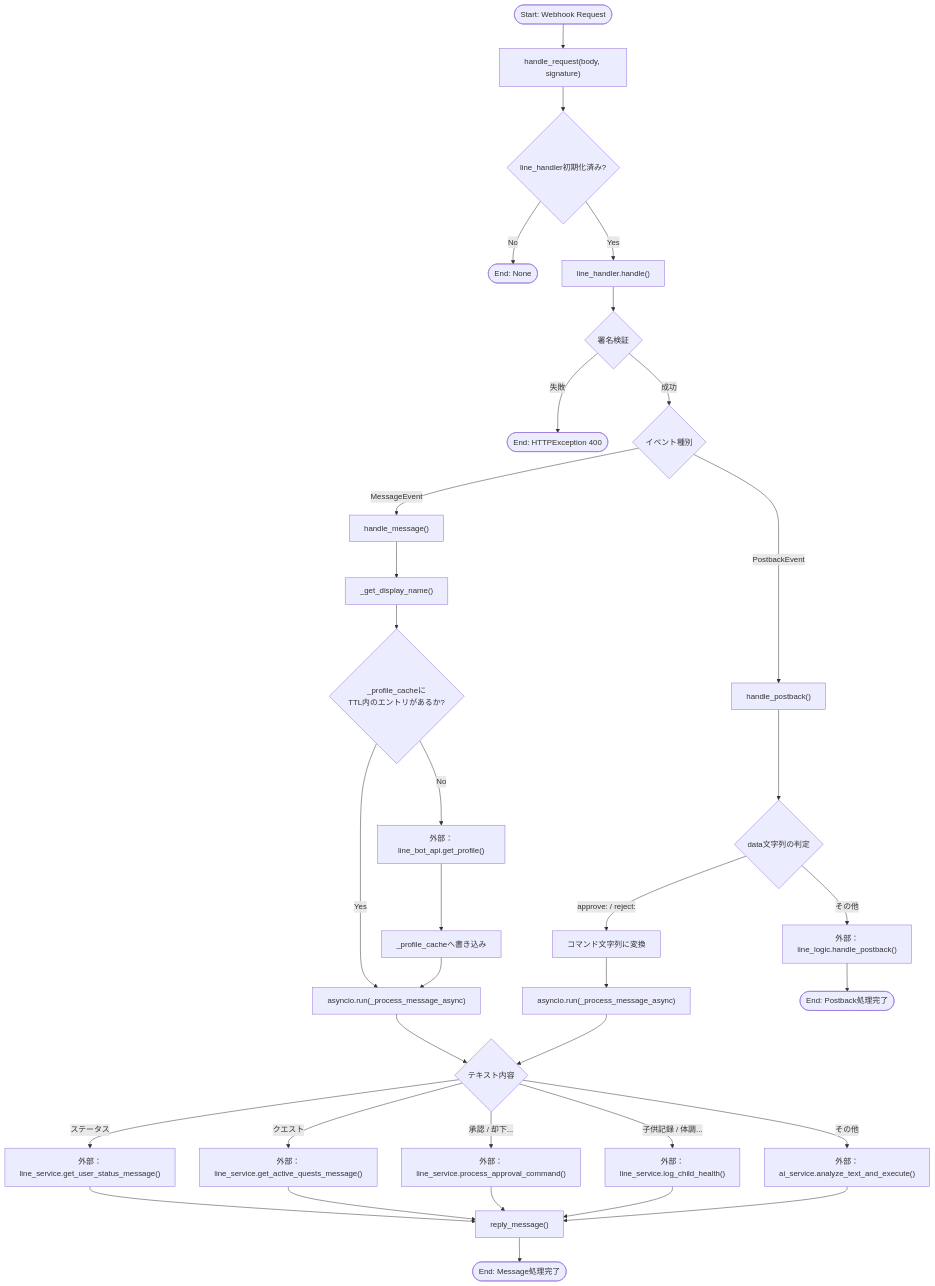
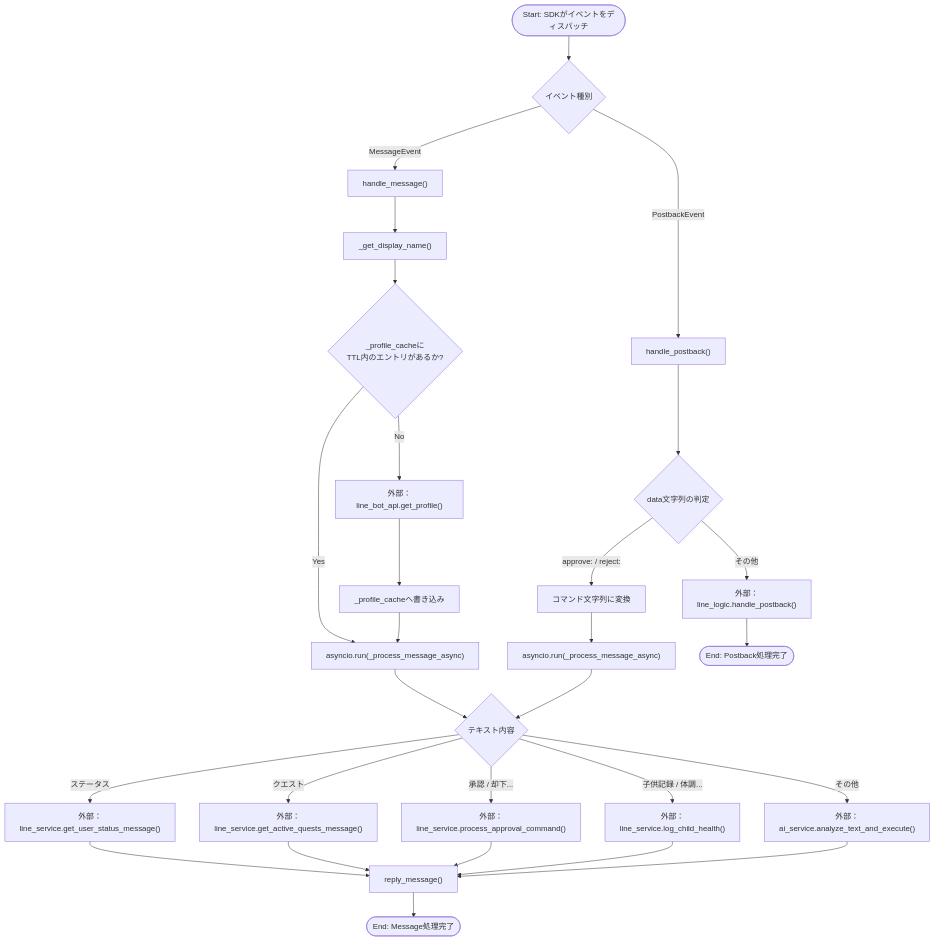
One commit to mmtigers/my_python_project changed the first of 2 diagrams in docs/specifications/MY_HOME_SYSTEM/line_handler.md. Above: the diagram before and after it, drawn with Mermaid. The commit also changed other lines of this file and 47 other files, not shown here.

````diff
--- a/docs/specifications/MY_HOME_SYSTEM/line_handler.md
+++ b/docs/specifications/MY_HOME_SYSTEM/line_handler.md
@@ -210,44 +178,37 @@
 ```mermaid
 flowchart TD
-    Start([Start: Webhook Request]) --> HandleRequest["handle_request(body, signature)"]
-    HandleRequest --> Verify{line_handler初期化済み?}
-    Verify -- No --> End([End: None])
-    Verify -- Yes --> HandleBody["line_handler.handle()"]
-    
-    HandleBody --> CheckSig{署名検証}
-    CheckSig -- 失敗 --> Throw400([End: HTTPException 400])
-    CheckSig -- 成功 --> RouteEvent{イベント種別}
+    Start([Start: SDKがイベントをディスパッチ]) --> RouteEvent{イベント種別}
     
     RouteEvent -- MessageEvent --> HandleMsg["handle_message()"]
     HandleMsg --> GetDisplayName["_get_display_name()"]
     GetDisplayName --> CacheHit{"_profile_cacheに<br>TTL内のエントリがあるか?"}
     CacheHit -- Yes --> RunAsyncMessage["asyncio.run(_process_message_async)"]
     CacheHit -- No --> GetProfile["外部：line_bot_api.get_profile()"]
     GetProfile --> UpdateCache["_profile_cacheへ書き込み"]
     UpdateCache --> RunAsyncMessage
     
     RouteEvent -- PostbackEvent --> HandlePostback["handle_postback()"]
     HandlePostback --> PostbackData{data文字列の判定}
     PostbackData -- "approve: / reject:" --> ParseData["コマンド文字列に変換"]
     ParseData --> RunAsyncPostback["asyncio.run(_process_message_async)"]
     PostbackData -- その他 --> LogicPostback["外部：line_logic.handle_postback()"]
     
     RunAsyncMessage --> MsgText{テキスト内容}
     RunAsyncPostback --> MsgText
     
     MsgText -- "ステータス" --> CallStatus["外部：line_service.get_user_status_message()"]
     MsgText -- "クエスト" --> CallQuest["外部：line_service.get_active_quests_message()"]
     MsgText -- "承認 / 却下..." --> CallApprove["外部：line_service.process_approval_command()"]
     MsgText -- "子供記録 / 体調..." --> CallHealth["外部：line_service.log_child_health()"]
     MsgText -- その他 --> CallAI["外部：ai_service.analyze_text_and_execute()"]
     
     CallStatus --> Reply["reply_message()"]
     CallQuest --> Reply
     CallApprove --> Reply
     CallHealth --> Reply
     CallAI --> Reply
     
     LogicPostback --> EndPostback([End: Postback処理完了])
     Reply --> EndMessage([End: Message処理完了])
 
 ```
````
